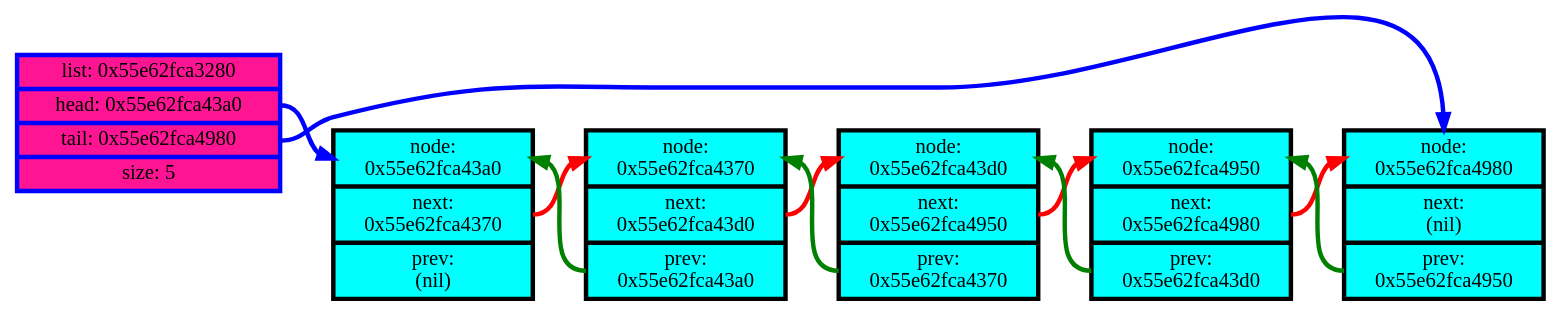
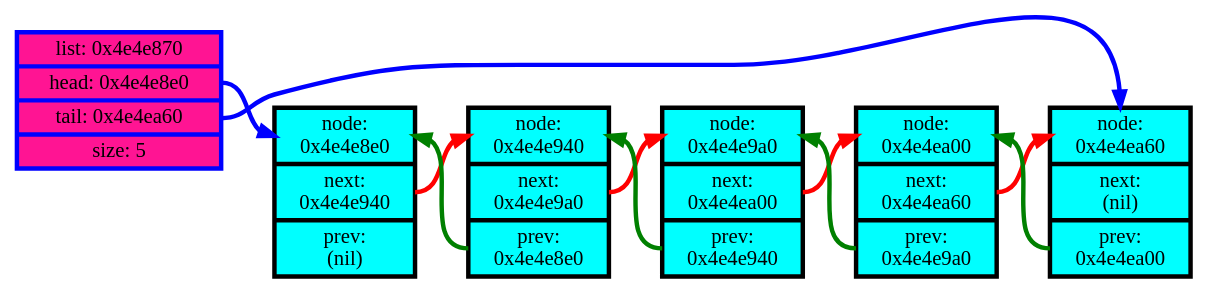
Before and after one commit to LegendaryHog/c_list: the diagram in dump.dot, drawn with Graphviz. The commit also changed 2 other files, not shown here.

```diff
--- a/dump.dot
+++ b/dump.dot
@@ -1,28 +1,29 @@
 digraph G {
 	rankdir="LR";
-	List[shape=record, style=filled, penwidth=3.0, fillcolor=deeppink, color=blue, label="list: 0x55e62fca3280 | <head> head: 0x55e62fca43a0 | <tail> tail: 0x55e62fca4980 | size: 5"];
+	List[shape=record, style=filled, penwidth=3.0, fillcolor=deeppink, color=blue, label="list: 0x4e4e870 | <head> head: 0x4e4e8e0 | <tail> tail: 0x4e4ea60 | size: 5"];
 	node[style=filled, shape=record, penwidth=3.0, fillcolor=aqua];
-	Node_0x55e62fca43a0[label="<_node_>node:\n0x55e62fca43a0 | <next>next:\n0x55e62fca4370 | <prev>prev:\n(nil)"];
-	Node_0x55e62fca4370[label="<_node_>node:\n0x55e62fca4370 | <next>next:\n0x55e62fca43d0 | <prev>prev:\n0x55e62fca43a0"];
-	Node_0x55e62fca43d0[label="<_node_>node:\n0x55e62fca43d0 | <next>next:\n0x55e62fca4950 | <prev>prev:\n0x55e62fca4370"];
-	Node_0x55e62fca4950[label="<_node_>node:\n0x55e62fca4950 | <next>next:\n0x55e62fca4980 | <prev>prev:\n0x55e62fca43d0"];
-	Node_0x55e62fca4980[label="<_node_>node:\n0x55e62fca4980 | <next>next:\n(nil) | <prev>prev:\n0x55e62fca4950"];
-	edge[penwidth=3.0];	Node_0x55e62fca43a0:next:e -> Node_0x55e62fca4370:_node_:w[arrowhead=normal, color=red];
-	Node_0x55e62fca43a0 ->Node_0x55e62fca4370[style=invis];
-	Node_0x55e62fca4370:next:e -> Node_0x55e62fca43d0:_node_:w[arrowhead=normal, color=red];
-	Node_0x55e62fca4370 ->Node_0x55e62fca43d0[style=invis];
-	Node_0x55e62fca4370:prev:w -> Node_0x55e62fca43a0:_node_:e[arrowhead=normal, color=green];
-	Node_0x55e62fca4370 ->Node_0x55e62fca43a0[style=invis];
-	Node_0x55e62fca43d0:next:e -> Node_0x55e62fca4950:_node_:w[arrowhead=normal, color=red];
-	Node_0x55e62fca43d0 ->Node_0x55e62fca4950[style=invis];
-	Node_0x55e62fca43d0:prev:w -> Node_0x55e62fca4370:_node_:e[arrowhead=normal, color=green];
-	Node_0x55e62fca43d0 ->Node_0x55e62fca4370[style=invis];
-	Node_0x55e62fca4950:next:e -> Node_0x55e62fca4980:_node_:w[arrowhead=normal, color=red];
-	Node_0x55e62fca4950 ->Node_0x55e62fca4980[style=invis];
-	Node_0x55e62fca4950:prev:w -> Node_0x55e62fca43d0:_node_:e[arrowhead=normal, color=green];
-	Node_0x55e62fca4950 ->Node_0x55e62fca43d0[style=invis];
-	Node_0x55e62fca4980:prev:w -> Node_0x55e62fca4950:_node_:e[arrowhead=normal, color=green];
-	Node_0x55e62fca4980 ->Node_0x55e62fca4950[style=invis];
-	List:head:e -> Node_0x55e62fca43a0:_node_:w[color=blue, arrowhead=normal];
-	List:tail:e -> Node_0x55e62fca4980:_node_:n[color=blue, arrowhead=normal];
+	Node_0x4e4e8e0[label="<_node_>node:\n0x4e4e8e0 | <next>next:\n0x4e4e940 | <prev>prev:\n(nil)"];
+	Node_0x4e4e940[label="<_node_>node:\n0x4e4e940 | <next>next:\n0x4e4e9a0 | <prev>prev:\n0x4e4e8e0"];
+	Node_0x4e4e9a0[label="<_node_>node:\n0x4e4e9a0 | <next>next:\n0x4e4ea00 | <prev>prev:\n0x4e4e940"];
+	Node_0x4e4ea00[label="<_node_>node:\n0x4e4ea00 | <next>next:\n0x4e4ea60 | <prev>prev:\n0x4e4e9a0"];
+	Node_0x4e4ea60[label="<_node_>node:\n0x4e4ea60 | <next>next:\n(nil) | <prev>prev:\n0x4e4ea00"];
+	edge[penwidth=3.0];
+	Node_0x4e4e8e0:next:e -> Node_0x4e4e940:_node_:w[arrowhead=normal, color=red];
+	Node_0x4e4e8e0 ->Node_0x4e4e940[style=invis];
+	Node_0x4e4e940:next:e -> Node_0x4e4e9a0:_node_:w[arrowhead=normal, color=red];
+	Node_0x4e4e940 ->Node_0x4e4e9a0[style=invis];
+	Node_0x4e4e940:prev:w -> Node_0x4e4e8e0:_node_:e[arrowhead=normal, color=green];
+	Node_0x4e4e940 ->Node_0x4e4e8e0[style=invis];
+	Node_0x4e4e9a0:next:e -> Node_0x4e4ea00:_node_:w[arrowhead=normal, color=red];
+	Node_0x4e4e9a0 ->Node_0x4e4ea00[style=invis];
+	Node_0x4e4e9a0:prev:w -> Node_0x4e4e940:_node_:e[arrowhead=normal, color=green];
+	Node_0x4e4e9a0 ->Node_0x4e4e940[style=invis];
+	Node_0x4e4ea00:next:e -> Node_0x4e4ea60:_node_:w[arrowhead=normal, color=red];
+	Node_0x4e4ea00 ->Node_0x4e4ea60[style=invis];
+	Node_0x4e4ea00:prev:w -> Node_0x4e4e9a0:_node_:e[arrowhead=normal, color=green];
+	Node_0x4e4ea00 ->Node_0x4e4e9a0[style=invis];
+	Node_0x4e4ea60:prev:w -> Node_0x4e4ea00:_node_:e[arrowhead=normal, color=green];
+	Node_0x4e4ea60 ->Node_0x4e4ea00[style=invis];
+	List:head:e -> Node_0x4e4e8e0:_node_:w[color=blue, arrowhead=normal];
+	List:tail:e -> Node_0x4e4ea60:_node_:n[color=blue, arrowhead=normal];
 }
```
